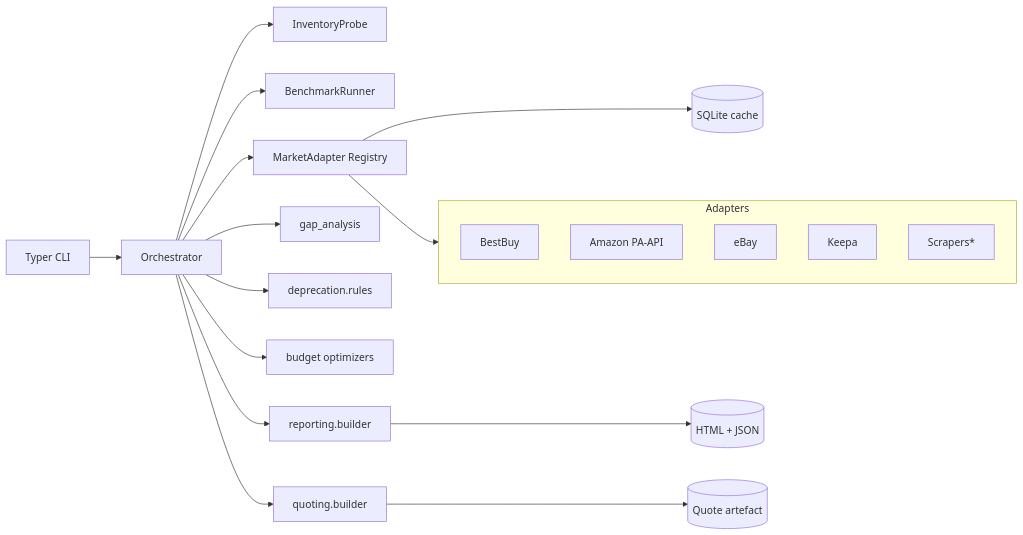
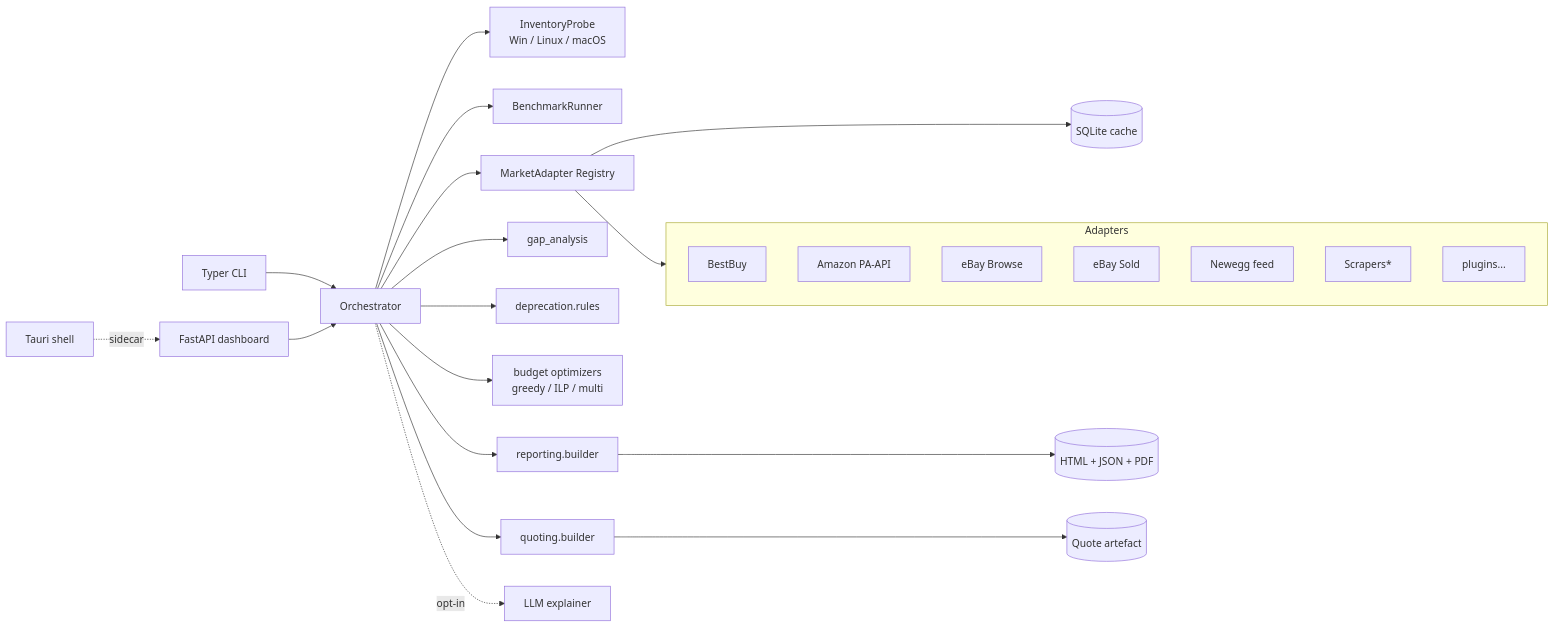
Before and after one commit to aledquin/review-pc-components-find-next-deals: the first of 2 diagrams in docs/architecture.md, drawn with Mermaid. The commit also changed other lines of this file and 50 other files, not shown here.

````diff
--- a/docs/architecture.md
+++ b/docs/architecture.md
@@ -36,23 +42,28 @@
 ```mermaid
 flowchart LR
   CLI[Typer CLI] --> ORCH[Orchestrator]
-  ORCH --> INV[InventoryProbe]
+  WEB[FastAPI dashboard] --> ORCH
+  TAURI[Tauri shell] -.sidecar.-> WEB
+  ORCH --> INV[InventoryProbe<br/>Win / Linux / macOS]
   ORCH --> BENCH[BenchmarkRunner]
   ORCH --> MKT[MarketAdapter Registry]
   ORCH --> GAP[gap_analysis]
   ORCH --> DEP[deprecation.rules]
-  ORCH --> OPT[budget optimizers]
+  ORCH --> OPT[budget optimizers<br/>greedy / ILP / multi]
   ORCH --> REP[reporting.builder]
   ORCH --> QUO[quoting.builder]
+  ORCH -.opt-in.-> LLM[LLM explainer]
   MKT --> CACHE[(SQLite cache)]
-  REP --> HTML[(HTML + JSON)]
+  REP --> HTML[(HTML + JSON + PDF)]
   QUO --> QUOTE[(Quote artefact)]
   subgraph Adapters
     BB[BestBuy]
     AM[Amazon PA-API]
-    EB[eBay]
-    KP[Keepa]
+    EB[eBay Browse]
+    ES[eBay Sold]
+    NE[Newegg feed]
     SCR[Scrapers*]
+    PLG[plugins...]
   end
   MKT --> Adapters
 ```
````
